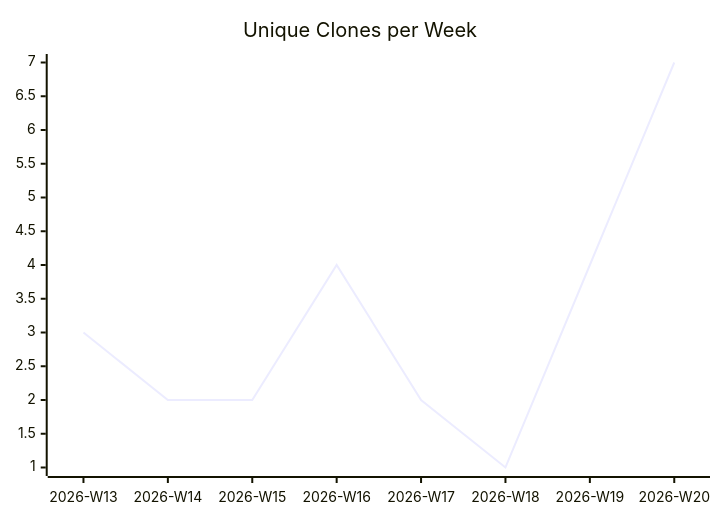
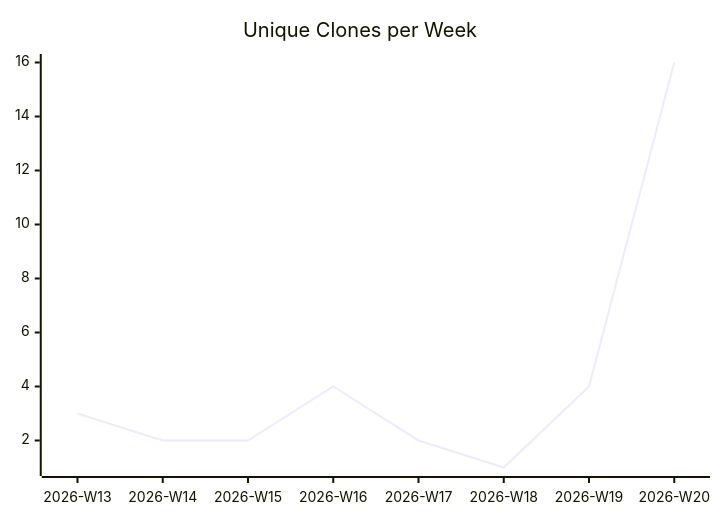
Before and after one commit to justdavis-family/github-analytics-data: the third of 3 diagrams in karlmdavis/ansible-role-rcm-dotfiles/README.md, drawn with Mermaid. The commit also changed other lines of this file and 190 other files, not shown here.

````diff
--- a/karlmdavis/ansible-role-rcm-dotfiles/README.md
+++ b/karlmdavis/ansible-role-rcm-dotfiles/README.md
@@ -19,6 +19,6 @@
 ```mermaid
 xychart-beta
   title "Unique Clones per Week"
   x-axis ["2026-W13", "2026-W14", "2026-W15", "2026-W16", "2026-W17", "2026-W18", "2026-W19", "2026-W20"]
-  line [3, 2, 2, 4, 2, 1, 4, 7]
+  line [3, 2, 2, 4, 2, 1, 4, 16]
 ```
````
